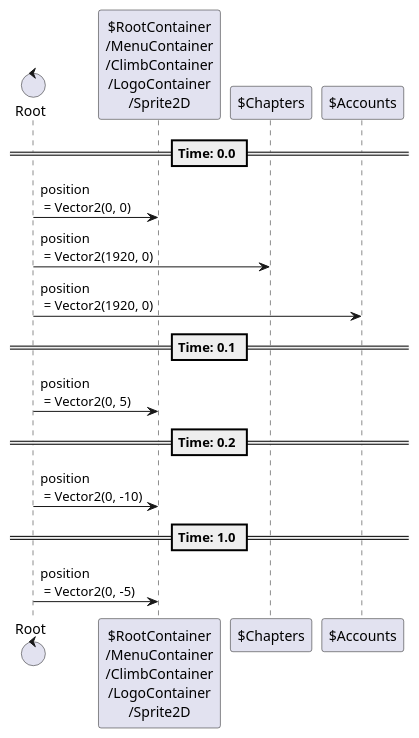
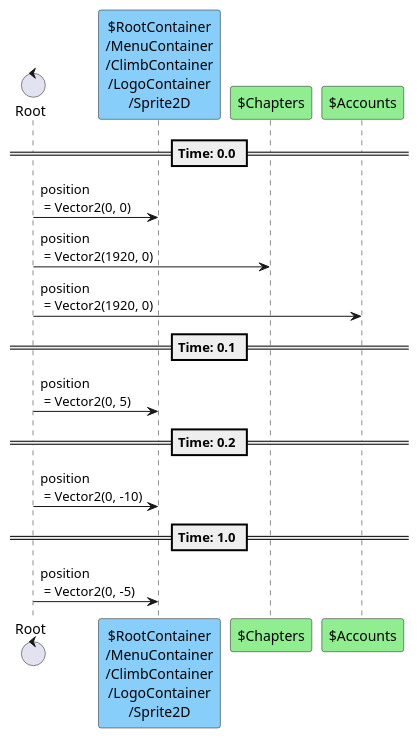
The fifth of 9 diagrams in content/scenes/src/beginning/menu/menu.tscn.adoc (tkmfujise/Platformer-Game-Learning), drawn with PlantUML before and after one commit. The commit also changed other lines of this file and 67 other files, not shown here.

```diff
--- a/content/scenes/src/beginning/menu/menu.tscn.adoc
+++ b/content/scenes/src/beginning/menu/menu.tscn.adoc
@@ -468,22 +468,22 @@
 [plantuml]
 ....
 control "Root" as R
-participant "$RootContainer\n/MenuContainer\n/ClimbContainer\n/LogoContainer\n/Sprite2D" as T0
-participant "$Chapters" as T1
-participant "$Accounts" as T2
+participant "$RootContainer\n/MenuContainer\n/ClimbContainer\n/LogoContainer\n/Sprite2D" as T0 #87CEFA
+participant "$Chapters" as T1 #90EE90
+participant "$Accounts" as T2 #90EE90
 
 
 
 == Time: 0.0 ==
 R  ->  T0 : position\n = Vector2(0, 0)
 R  ->  T1 : position\n = Vector2(1920, 0)
 R  ->  T2 : position\n = Vector2(1920, 0)
 == Time: 0.1 ==
 R  ->  T0 : position\n = Vector2(0, 5)
 == Time: 0.2 ==
 R  ->  T0 : position\n = Vector2(0, -10)
 == Time: 1.0 ==
 R  ->  T0 : position\n = Vector2(0, -5)
 
 
 ....
```
